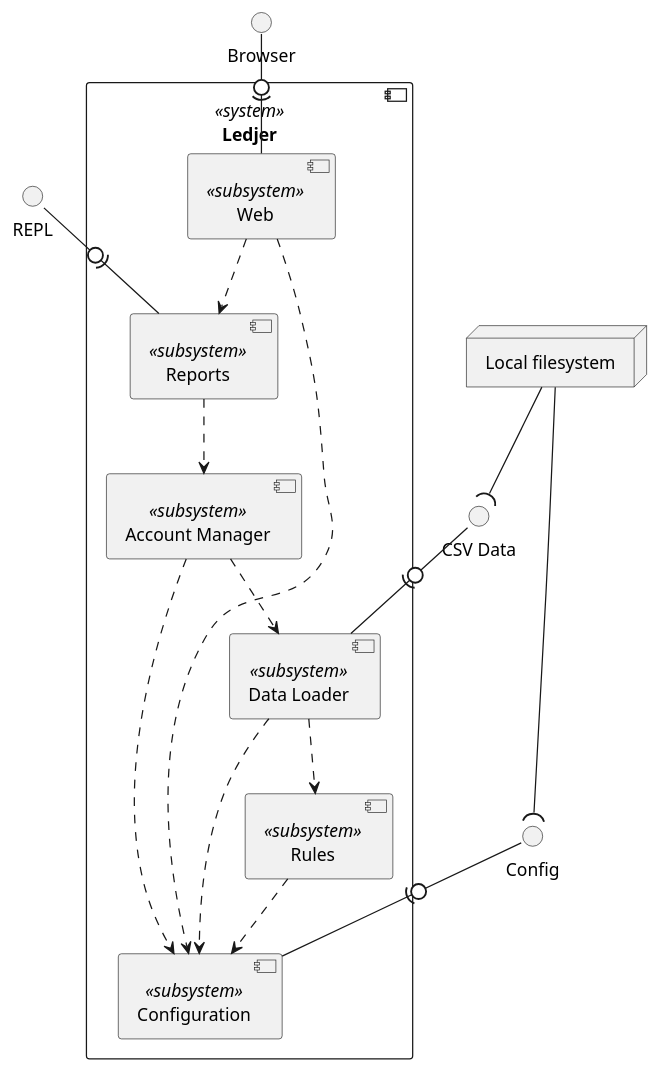
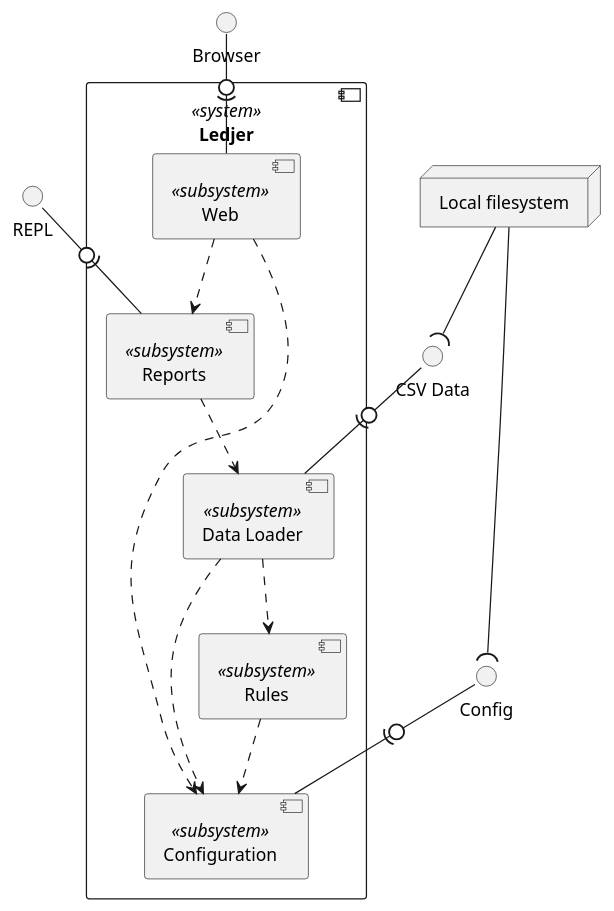
Before and after one commit to Sh4pe/Ledjer.jl: the diagram in docs/src/architecture/building_block_lvl1.pu, drawn with PlantUML. The commit also changed 1 other file, not shown here.

Commit message:
Get rid of Account Manager

```diff
--- a/docs/src/architecture/building_block_lvl1.pu
+++ b/docs/src/architecture/building_block_lvl1.pu
@@ -1,40 +1,37 @@
 @startuml
 
 component "Ledjer" << system >> {
     [Configuration] << subsystem >>
     [Data Loader] << subsystem >> as DataLoader
-    [Account Manager] << subsystem >> as AccountManager
     [Reports] << subsystem >>
     [Web] << subsystem >>
     [Rules] << subsystem >>
 }
 
 Rules ..> Configuration
 DataLoader ..> Rules
 DataLoader ..> Configuration
-AccountManager ..> DataLoader
-AccountManager ..> Configuration
-Reports ..> AccountManager
+Reports ..> DataLoader
 Web ..> Reports
 Web ..> Configuration
 
 interface REPL 
 interface Browser
 interface "CSV Data" as CSVData
 interface Config
 
 node "Local filesystem" as LocalFS
 
 Config -0)- Configuration
 
 CSVData -0)- DataLoader
 
 LocalFS --( Config
 LocalFS --( CSVData
 
 REPL -0)- Reports
 
 Browser -0)- Web
 
 
 @enduml
```
